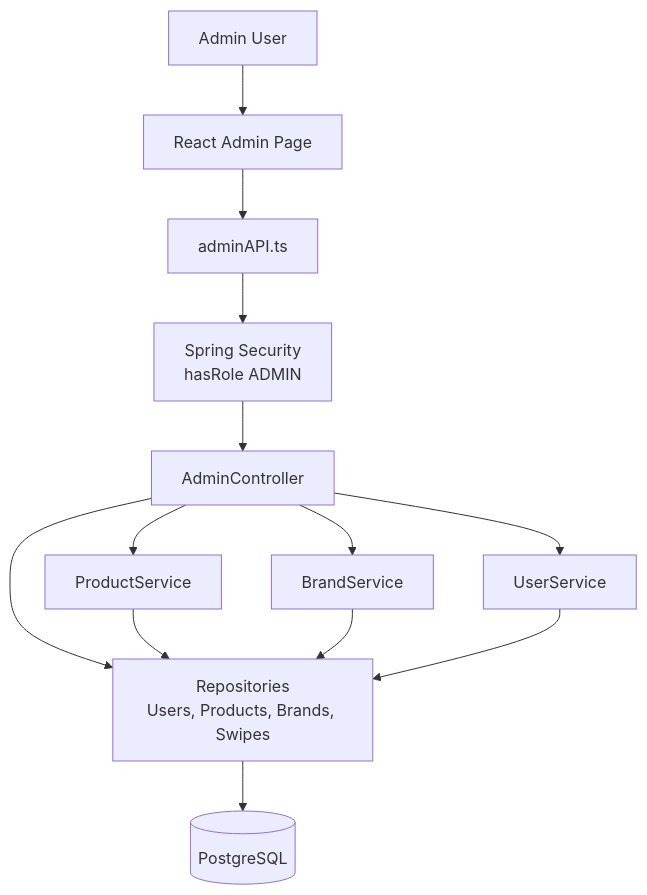
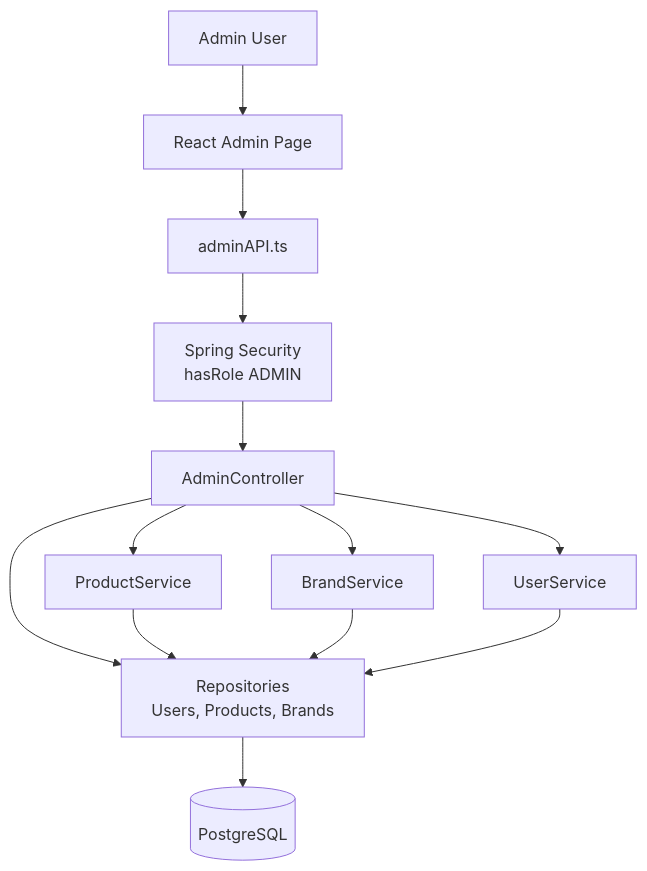
One commit to BINIT-Nayak/Sneaky changed diagram 11 of 11 in docs/hld-lld-diagrams.md. Above: the diagram before and after it, drawn with Mermaid. The commit also changed other lines of this file and 2 other files, not shown here.

````diff
--- a/docs/hld-lld-diagrams.md
+++ b/docs/hld-lld-diagrams.md
@@ -257,26 +394,26 @@
 ```mermaid
 flowchart TD
     adminUser[Admin User]
     adminPage[React Admin Page]
     adminApi[adminAPI.ts]
     security[Spring Security<br/>hasRole ADMIN]
     adminController[AdminController]
     productService[ProductService]
     brandService[BrandService]
     userService[UserService]
-    repos[Repositories<br/>Users, Products, Brands, Swipes]
+    repos[Repositories<br/>Users, Products, Brands]
     db[(PostgreSQL)]
 
     adminUser --> adminPage
     adminPage --> adminApi
     adminApi --> security
     security --> adminController
     adminController --> productService
     adminController --> brandService
     adminController --> userService
     adminController --> repos
     productService --> repos
     brandService --> repos
     userService --> repos
     repos --> db
 ```
````
